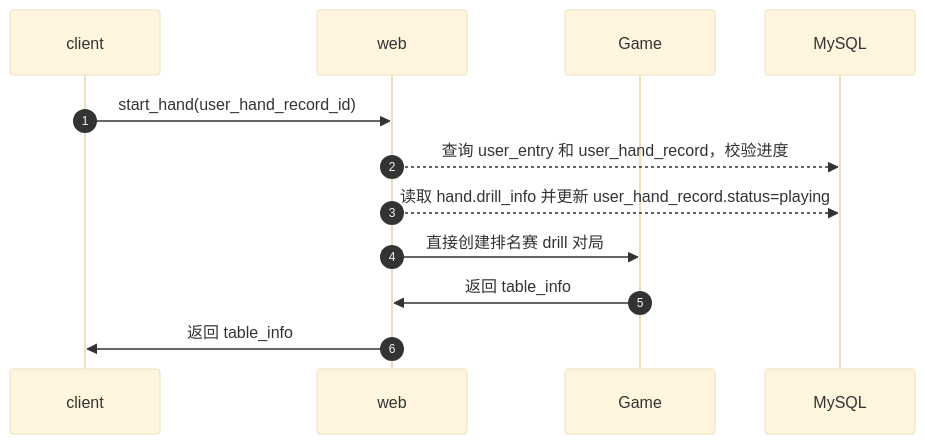
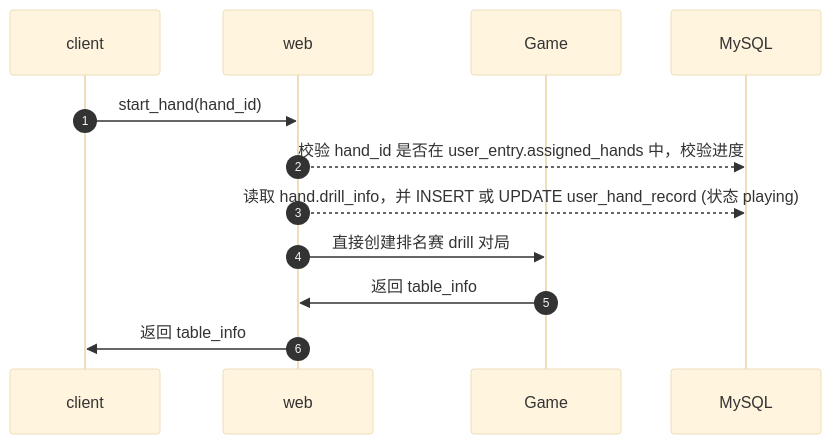
The sixth of 8 diagrams in docs/复述扑克/评审02/11-设计文档.md (zdl20251023-pixel/agent-frame), drawn with Mermaid (base theme) before and after one commit. The commit also changed other lines of this file, not shown here.

````diff
--- a/docs/复述扑克/评审02/11-设计文档.md
+++ b/docs/复述扑克/评审02/11-设计文档.md
@@ -456,16 +475,16 @@
 ```mermaid
 sequenceDiagram
     autonumber
     participant client
     participant web
     participant Game
     participant MySQL
 
-    client->>web: start_hand(user_hand_record_id)
-    web-->>MySQL: 查询 user_entry 和 user_hand_record，校验进度
-    web-->>MySQL: 读取 hand.drill_info 并更新 user_hand_record.status=playing
+    client->>web: start_hand(hand_id)
+    web-->>MySQL: 校验 hand_id 是否在 user_entry.assigned_hands 中，校验进度
+    web-->>MySQL: 读取 hand.drill_info，并 INSERT 或 UPDATE user_hand_record (状态 playing)
     
     web->>Game: 直接创建排名赛 drill 对局
     Game->>web: 返回 table_info
     web->>client: 返回 table_info
 ```
````
